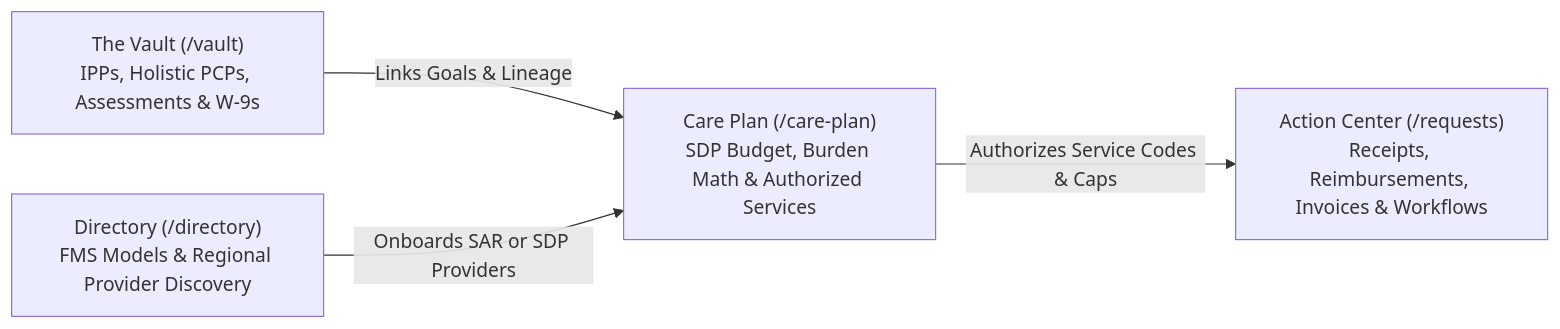
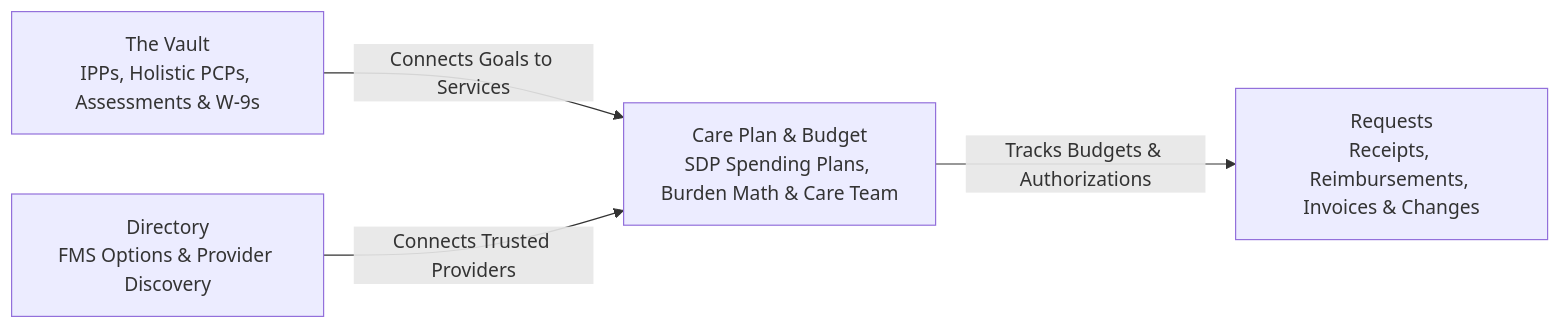
One commit to abagher2/neurohubcare-engineering changed the diagram in content/posts/2026-11-05-neurohub-ga-release-grounded-support-for-regional-center-and-sdp.md. Above: the diagram before and after it, drawn with Mermaid. The commit also changed other lines of this file and 11 other files, not shown here.

Commit message:
fix(blog): remove dark mode and render Mermaid flowcharts in articles

````diff
--- a/content/posts/2026-11-05-neurohub-ga-release-grounded-support-for-regional-center-and-sdp.md
+++ b/content/posts/2026-11-05-neurohub-ga-release-grounded-support-for-regional-center-and-sdp.md
@@ -48,11 +46,11 @@
 ```mermaid
 flowchart LR
-  VAULT["The Vault (/vault)\nIPPs, Holistic PCPs, Assessments & W-9s"]
-  CARE["Care Plan (/care-plan)\nSDP Budget, Burden Math & Authorized Services"]
-  REQUESTS["Action Center (/requests)\nReceipts, Reimbursements, Invoices & Workflows"]
-  DIR["Directory (/directory)\nFMS Models & Regional Provider Discovery"]
+  VAULT["The Vault<br/>IPPs, Holistic PCPs, Assessments & W-9s"]
+  CARE["Care Plan & Budget<br/>SDP Spending Plans, Burden Math & Care Team"]
+  REQUESTS["Requests<br/>Receipts, Reimbursements, Invoices & Changes"]
+  DIR["Directory<br/>FMS Options & Provider Discovery"]
 
-  VAULT -->|Links Goals & Lineage| CARE
-  CARE -->|Authorizes Service Codes & Caps| REQUESTS
-  DIR -->|Onboards SAR or SDP Providers| CARE
+  VAULT -->|Connects Goals to Services| CARE
+  CARE -->|Tracks Budgets & Authorizations| REQUESTS
+  DIR -->|Connects Trusted Providers| CARE
 ```
````
